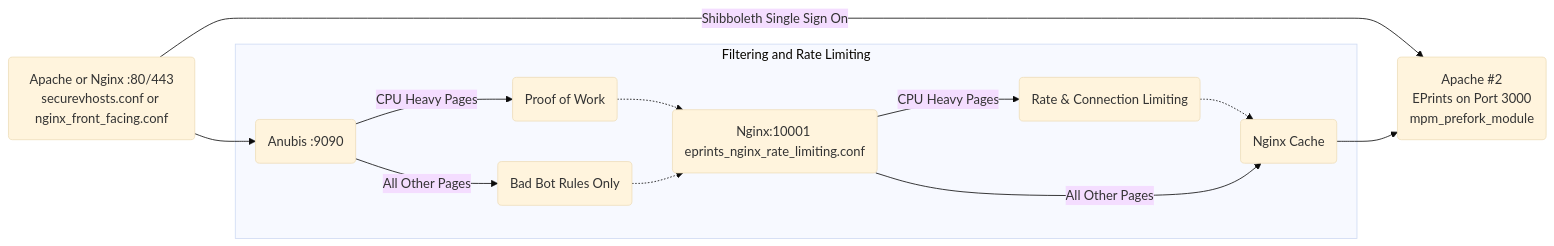
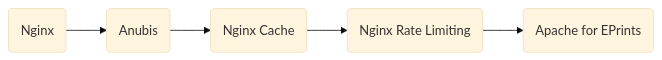
Before and after one commit to eprints/BEVIS: the first of 2 diagrams in README.md, drawn with Mermaid (base theme). The commit also changed other lines of this file and 5 other files, not shown here.

````diff
--- a/README.md
+++ b/README.md
@@ -130,32 +15,14 @@
 ```mermaid
 flowchart LR
-   
-   TCP(Apache or Nginx :80/443\nsecurevhosts.conf or nginx_front_facing.conf)
-   EPRINTS(Apache #2\nEPrints on Port 3000\nmpm_prefork_module)
-   
-
-   subgraph Filtering and Rate Limiting
-      ANU(Anubis :9090)
-      PROOF(Proof of Work)
-      BAD(Bad Bot Rules Only)
-      RATE(Rate & Connection Limiting)
-      NGX(Nginx:10001 \neprints_nginx_rate_limiting.conf)
-      CACHE(Nginx Cache)
-      
-   end
-
-   
-   TCP -->  ANU
-   TCP --> | Shibboleth Single Sign On | EPRINTS
-   ANU --> | CPU Heavy Pages | PROOF
-   PROOF -.-> NGX
-   ANU --> | All Other Pages | BAD
-   BAD -.-> NGX
-   NGX --> | CPU Heavy Pages | RATE
-   
-   
-   RATE -.->  CACHE
-   NGX --> | All Other Pages | CACHE
-   CACHE --> EPRINTS
+   NGINX(Nginx)
+   ANUBIS(Anubis)
+   CACHE(Nginx Cache)
+   RATE(Nginx Rate Limiting)
+   EPRINTS(Apache for EPrints)
+  
+   NGINX -->  ANUBIS
+   ANUBIS --> CACHE
+   CACHE --> RATE
+   RATE --> EPRINTS
    
 ```
````
